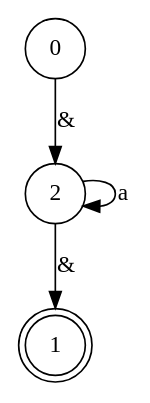
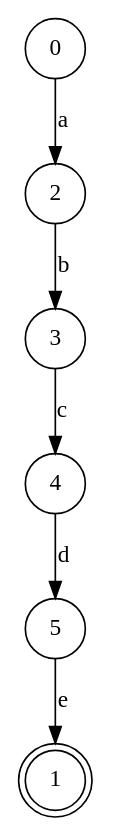
One commit to igorbragaia/CTC-34 changed the diagram in projeto_1/test-output/graph.gv. Above: the diagram before and after it, drawn with Graphviz. The commit also changed 4 other files, not shown here.

```diff
--- a/projeto_1/test-output/graph.gv
+++ b/projeto_1/test-output/graph.gv
@@ -1,8 +1,13 @@
 digraph {
 	0 [shape=circle]
 	1 [shape=doublecircle]
 	2 [shape=circle]
-	2 -> 2 [label=a]
-	0 -> 2 [label="&"]
-	2 -> 1 [label="&"]
+	3 [shape=circle]
+	4 [shape=circle]
+	5 [shape=circle]
+	0 -> 2 [label=a]
+	2 -> 3 [label=b]
+	3 -> 4 [label=c]
+	4 -> 5 [label=d]
+	5 -> 1 [label=e]
 }
```
